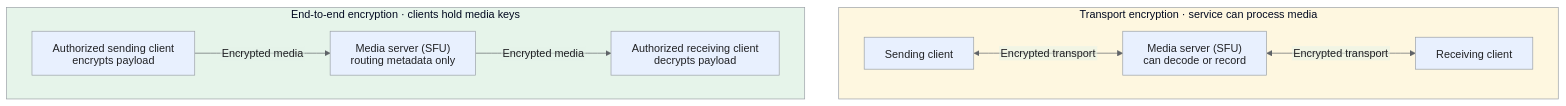
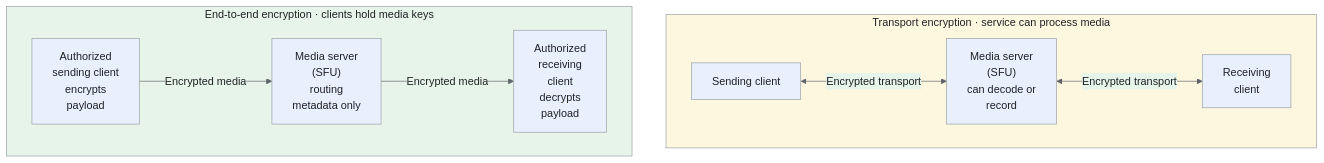
The tenth of 10 diagrams in _designs/system-design-video-conferencing-zoom.md (iliazlobin/iliazlobin.github.io), drawn with Mermaid before and after one commit. The commit also changed other lines of this file and 116 other files, not shown here.

````diff
--- a/_designs/system-design-video-conferencing-zoom.md
+++ b/_designs/system-design-video-conferencing-zoom.md
@@ -568,19 +580,19 @@
 ```mermaid
-%%{init: {'theme':'base','htmlLabels':false,'flowchart':{'htmlLabels':false},'themeVariables':{'fontFamily':'Arial, sans-serif','primaryColor':'#e8f0fe','primaryTextColor':'#202124','primaryBorderColor':'#9aa0a6','lineColor':'#5f6368','secondaryColor':'#e6f4ea','tertiaryColor':'#fef7e0','actorBkg':'#e8f0fe','actorBorder':'#9aa0a6','actorTextColor':'#202124','noteBkgColor':'#fef7e0','noteTextColor':'#202124','noteBorderColor':'#9aa0a6','signalColor':'#5f6368','signalTextColor':'#202124','labelBoxBkgColor':'#fef7e0','labelBoxBorderColor':'#9aa0a6'}}}%%
+%%{init: {"theme":"base","themeVariables":{"primaryColor":"#e8f0fe","primaryBorderColor":"#9aa0a6","primaryTextColor":"#202124","secondaryColor":"#e6f4ea","tertiaryColor":"#fef7e0","lineColor":"#5f6368","actorBkg":"#e8f0fe","actorBorder":"#9aa0a6","actorTextColor":"#202124","noteBkgColor":"#fef7e0","noteBorderColor":"#9aa0a6","noteTextColor":"#202124","signalColor":"#5f6368","signalTextColor":"#202124"}}}%%
 flowchart TB
   subgraph TRANSPORT["Transport encryption · service can process media"]
-    T1["Sending client"] <-->|"Encrypted transport"| S["Media server (SFU)<br>can decode or record"]
-    S <-->|"Encrypted transport"| T2["Receiving client"]
+    T1["Sending client"] <-->|"Encrypted transport"| S["Media server<br>(SFU)<br>can decode or<br>record"]
+    S <-->|"Encrypted transport"| T2["Receiving<br>client"]
   end
   subgraph E2EE["End-to-end encryption · clients hold media keys"]
-    E1["Authorized sending client<br>encrypts payload"] -->|"Encrypted media"| F["Media server (SFU)<br>routing metadata only"]
-    F -->|"Encrypted media"| E2["Authorized receiving client<br>decrypts payload"]
+    E1["Authorized<br>sending client<br>encrypts<br>payload"] -->|"Encrypted media"| F["Media server<br>(SFU)<br>routing<br>metadata only"]
+    F -->|"Encrypted media"| E2["Authorized<br>receiving<br>client<br>decrypts<br>payload"]
   end
   style TRANSPORT fill:#fef7e0,stroke:#9aa0a6,color:#202124
   style E2EE fill:#e6f4ea,stroke:#9aa0a6,color:#202124
 classDef request fill:#e8f0fe,stroke:#9aa0a6,color:#202124;
 classDef data fill:#e6f4ea,stroke:#9aa0a6,color:#202124;
 classDef control fill:#fef7e0,stroke:#9aa0a6,color:#202124;
 classDef danger fill:#fce8e6,stroke:#9aa0a6,color:#202124;
 class T1,S,T2,E1,F,E2 request;
 ```
````
